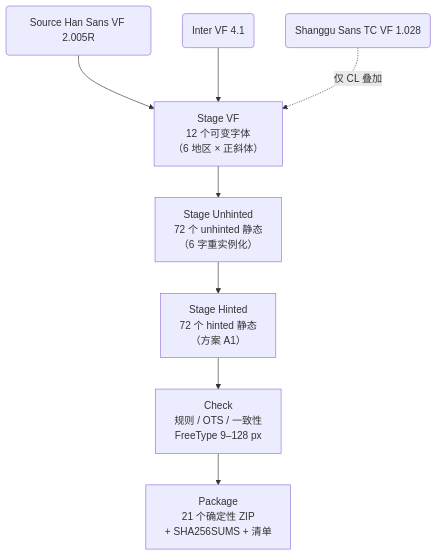
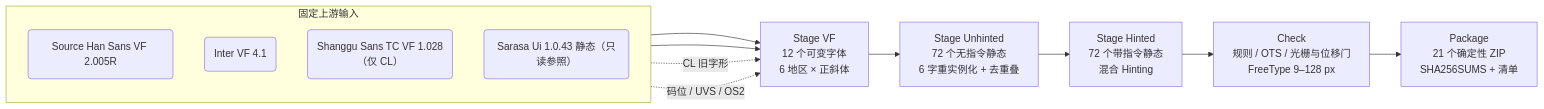
Before and after one commit to Mr-Drinking/Sarasa-Ui-PropDigits: the diagram in docs/构建.md, drawn with Mermaid. The commit also changed other lines of this file and 47 other files, not shown here.

````diff
--- a/docs/构建.md
+++ b/docs/构建.md
@@ -7,16 +7,22 @@
 ```mermaid
-flowchart TD
-    sh("Source Han Sans VF 2.005R")
-    inter("Inter VF 4.1")
-    sg("Shanggu Sans TC VF 1.028")
-    vf["Stage VF<br/>12 个可变字体<br/>（6 地区 × 正斜体）"]
-    unhinted["Stage Unhinted<br/>72 个 unhinted 静态<br/>（6 字重实例化）"]
-    hinted["Stage Hinted<br/>72 个 hinted 静态<br/>（方案 A1）"]
-    check["Check<br/>规则 / OTS / 一致性<br/>FreeType 9–128 px"]
-    pkg["Package<br/>21 个确定性 ZIP<br/>+ SHA256SUMS + 清单"]
+flowchart LR
+    subgraph src["固定上游输入"]
+        direction TB
+        sh("Source Han Sans VF 2.005R")
+        inter("Inter VF 4.1")
+        sg("Shanggu Sans TC VF 1.028（仅 CL）")
+        sarasa("Sarasa Ui 1.0.43 静态（只读参照）")
+    end
+
+    vf["Stage VF<br/>12 个可变字体<br/>6 地区 × 正斜体"]
+    unhinted["Stage Unhinted<br/>72 个无指令静态<br/>6 字重实例化 + 去重叠"]
+    hinted["Stage Hinted<br/>72 个带指令静态<br/>混合 Hinting"]
+    check["Check<br/>规则 / OTS / 光栅与位移门<br/>FreeType 9–128 px"]
+    pkg["Package<br/>21 个确定性 ZIP<br/>SHA256SUMS + 清单"]
 
     sh --> vf
     inter --> vf
-    sg -.->|仅 CL 叠加| vf
+    sg -.->|CL 旧字形| vf
+    sarasa -.->|码位 / UVS / OS2| vf
     vf --> unhinted --> hinted --> check --> pkg
 ```
````
